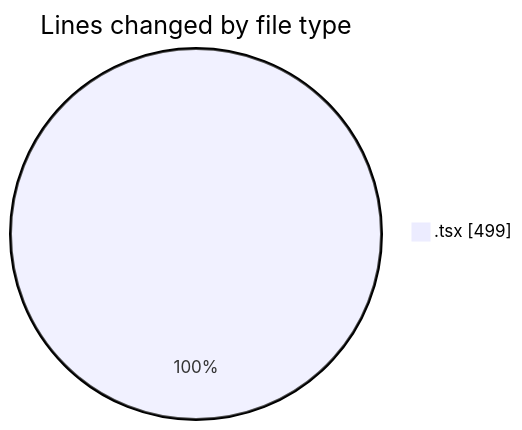
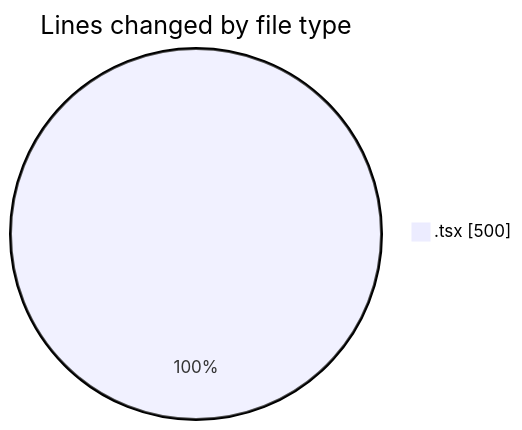
The first of 2 diagrams in 2026-02-02/nxtqube_webapp/README.md (nxtqubesakshisongat/code-tracking), drawn with Mermaid before and after one commit. The commit also changed other lines of this file and 1 other file, not shown here.

````diff
--- a/2026-02-02/nxtqube_webapp/README.md
+++ b/2026-02-02/nxtqube_webapp/README.md
@@ -20,5 +20,5 @@
 ```mermaid
 pie showData
 title Lines changed by file type
-".tsx" : 499
+".tsx" : 500
 ```
````
